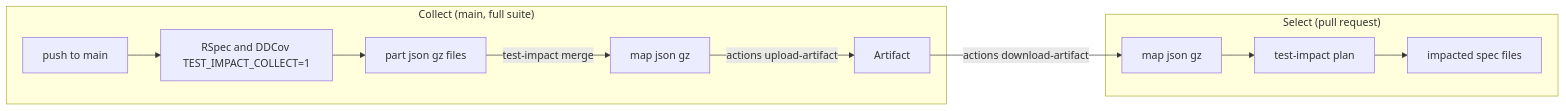
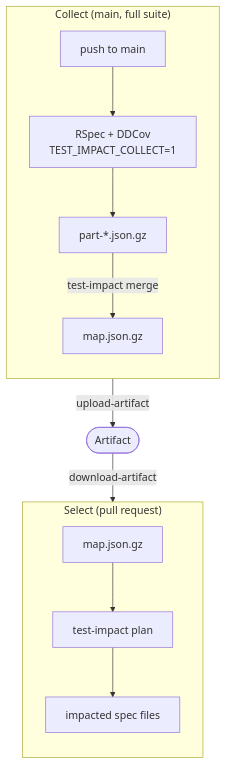
Before and after one commit to aki77/test_impact: the diagram in README.md, drawn with Mermaid.

Commit message:
docs: lay out the how-it-works diagram top-to-bottom
The eight nodes were chained left-to-right, making the diagram several
times wider than the surrounding text, so GitHub scaled the whole thing
down and the labels became unreadable. Stack them vertically instead,
lift the Artifact node out of both subgraphs since it is the handoff
point between them, and shorten the widest labels to the actual file
names.

````diff
--- a/README.md
+++ b/README.md
@@ -22,14 +22,16 @@
 ```mermaid
-flowchart LR
+flowchart TB
     subgraph collect["Collect (main, full suite)"]
-        A["push to main"] --> B["RSpec and DDCov TEST_IMPACT_COLLECT=1"]
-        B --> C["part json gz files"]
-        C -->|"test-impact merge"| D["map json gz"]
-        D -->|"actions upload-artifact"| E["Artifact"]
+        direction TB
+        A["push to main"] --> B["RSpec + DDCov<br/>TEST_IMPACT_COLLECT=1"]
+        B --> C["part-*.json.gz"]
+        C -->|"test-impact merge"| D["map.json.gz"]
     end
+    D -->|"upload-artifact"| E(["Artifact"])
+    E -->|"download-artifact"| F
     subgraph select["Select (pull request)"]
-        E -->|"actions download-artifact"| F["map json gz"]
-        F --> G["test-impact plan"]
+        direction TB
+        F["map.json.gz"] --> G["test-impact plan"]
         G --> H["impacted spec files"]
     end
 ```
````
